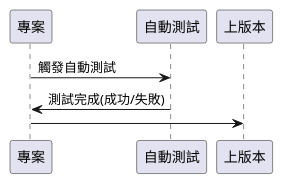
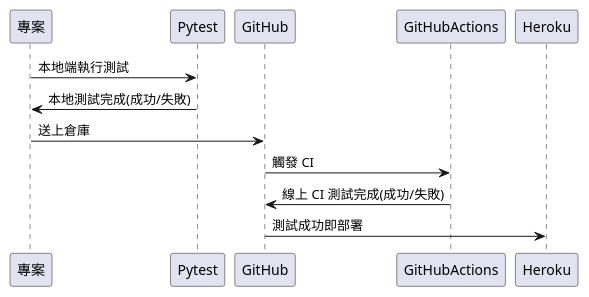
The diagram in source/diagrams/src/diagrams.wsd (louis70109/nijia-blog-backup), drawn with PlantUML before and after one commit. The commit also changed 2 other files, not shown here.

```diff
--- a/source/diagrams/src/diagrams.wsd
+++ b/source/diagrams/src/diagrams.wsd
@@ -1,7 +1,8 @@
 @startuml
-專案->自動測試: 觸發自動測試
-自動測試->專案: 測試完成(成功/失敗)
-
-專案->上版本
-
+專案->Pytest: 本地端執行測試
+Pytest->專案: 本地測試完成(成功/失敗)
+專案->GitHub: 送上倉庫
+GitHub->GitHubActions: 觸發 CI
+GitHubActions->GitHub: 線上 CI 測試完成(成功/失敗)
+GitHub->Heroku: 測試成功即部署
 @enduml
```
